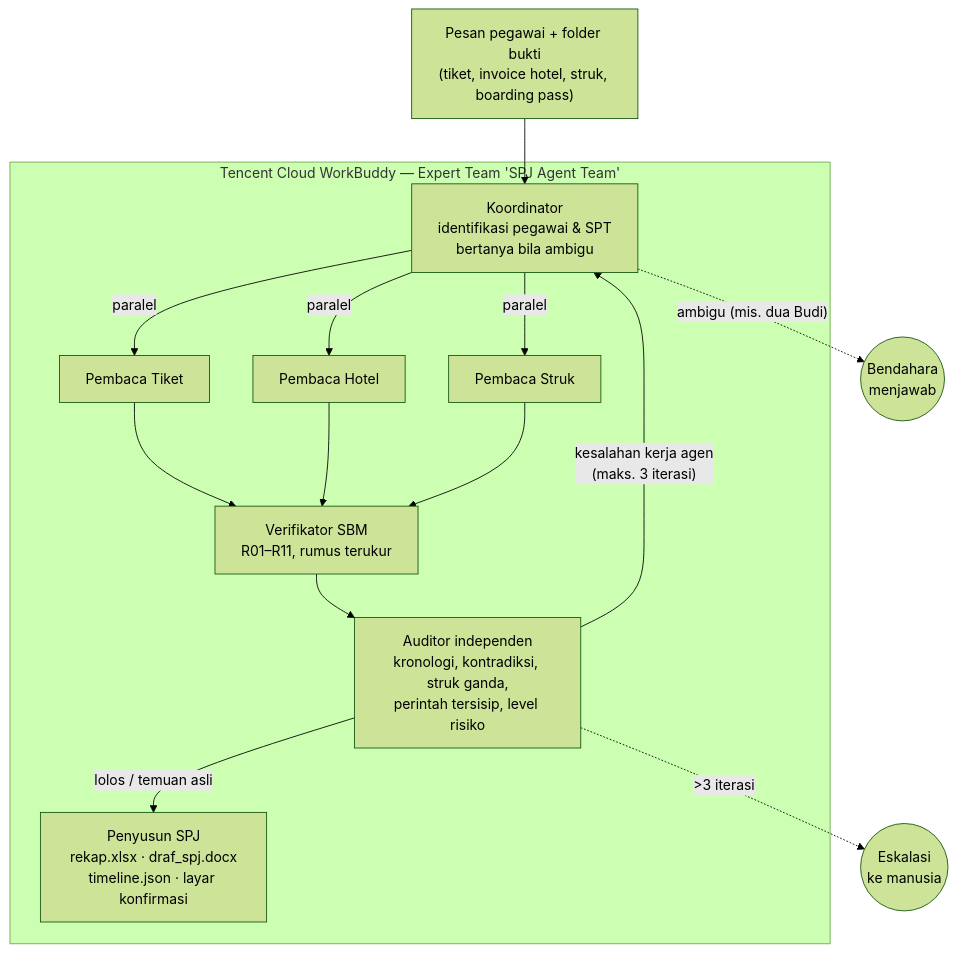
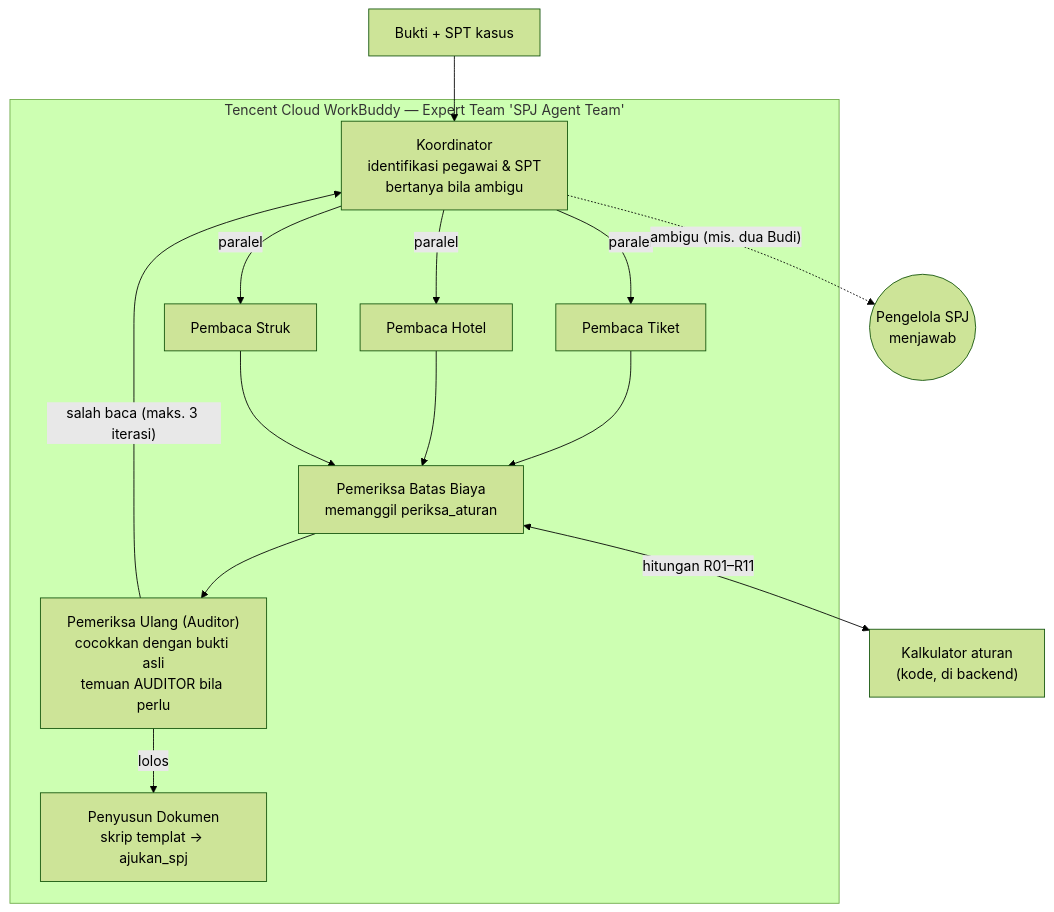
One commit to zgii14/amancair changed the second of 3 diagrams in submission/04-arsitektur.md. Above: the diagram before and after it, drawn with Mermaid (forest theme). The commit also changed other lines of this file and 4 other files, not shown here.

Commit message:
docs(submission): hasil uji akhir 11 kasus tim agen, akuntabilitas, arsitektur, product sharing

````diff
--- a/submission/04-arsitektur.md
+++ b/submission/04-arsitektur.md
@@ -5,18 +17,18 @@
 ```mermaid
 flowchart TD
-    IN["Pesan pegawai + folder bukti<br/>(tiket, invoice hotel, struk, boarding pass)"] --> K
+    IN["Bukti + SPT kasus"] --> K
     subgraph WB["Tencent Cloud WorkBuddy — Expert Team 'SPJ Agent Team'"]
         K["Koordinator<br/>identifikasi pegawai & SPT<br/>bertanya bila ambigu"]
         K -->|paralel| PT["Pembaca Tiket"]
         K -->|paralel| PH["Pembaca Hotel"]
         K -->|paralel| PS["Pembaca Struk"]
-        PT --> V["Verifikator SBM<br/>R01–R11, rumus terukur"]
+        PT --> V["Pemeriksa Batas Biaya<br/>memanggil periksa_aturan"]
         PH --> V
         PS --> V
-        V --> A["Auditor independen<br/>kronologi, kontradiksi, struk ganda,<br/>perintah tersisip, level risiko"]
-        A -->|"kesalahan kerja agen<br/>(maks. 3 iterasi)"| K
-        A -->|lolos / temuan asli| P["Penyusun SPJ<br/>rekap.xlsx · draf_spj.docx<br/>timeline.json · layar konfirmasi"]
+        V --> A["Pemeriksa Ulang (Auditor)<br/>cocokkan dengan bukti asli<br/>temuan AUDITOR bila perlu"]
+        A -->|"salah baca (maks. 3 iterasi)"| K
+        A -->|lolos| D["Penyusun Dokumen<br/>skrip templat → ajukan_spj"]
     end
-    K -. "ambigu (mis. dua Budi)" .-> H1(("Bendahara<br/>menjawab"))
-    A -. ">3 iterasi" .-> H2(("Eskalasi<br/>ke manusia"))
+    K -. "ambigu (mis. dua Budi)" .-> H1(("Pengelola SPJ<br/>menjawab"))
+    V <-->|"hitungan R01–R11"| KAL["Kalkulator aturan<br/>(kode, di backend)"]
 ```
````
